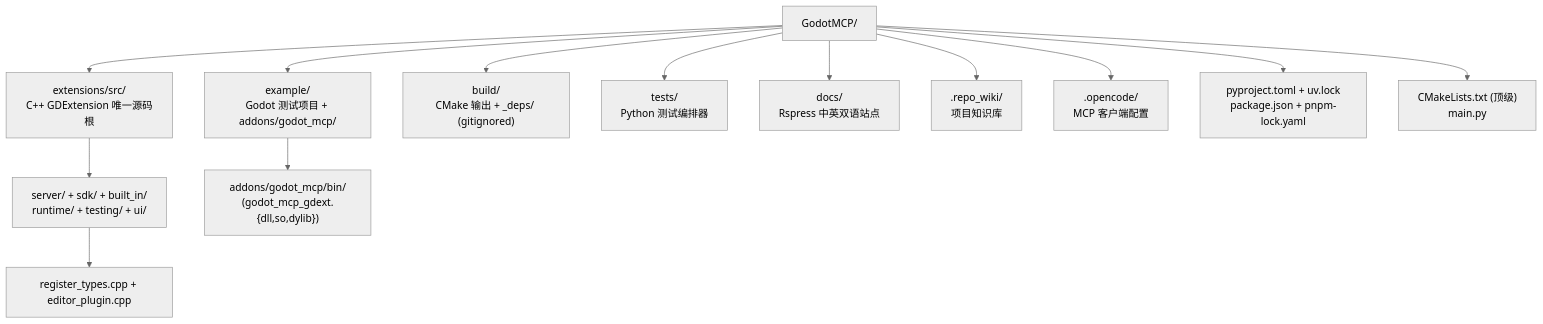
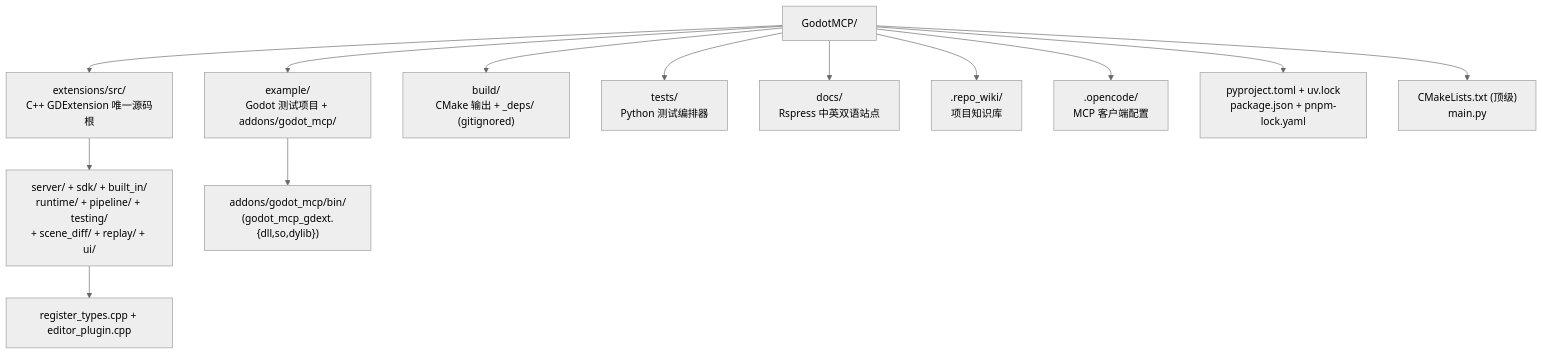
Before and after one commit to jesspig/GodotMCP-GDExtension: the first of 2 diagrams in .repo_wiki/specification/project-structure.md, drawn with Mermaid (neutral theme). The commit also changed other lines of this file and 27 other files, not shown here.

````diff
--- a/.repo_wiki/specification/project-structure.md
+++ b/.repo_wiki/specification/project-structure.md
@@ -5,16 +5,16 @@
 ```mermaid
 flowchart TB
     Root["GodotMCP/"]
     Root --> Src["extensions/src/<br/>C++ GDExtension 唯一源码根"]
     Root --> Example["example/<br/>Godot 测试项目 + addons/godot_mcp/"]
     Root --> Build["build/<br/>CMake 输出 + _deps/ (gitignored)"]
     Root --> Tests["tests/<br/>Python 测试编排器"]
     Root --> Docs["docs/<br/>Rspress 中英双语站点"]
     Root --> Wiki[".repo_wiki/<br/>项目知识库"]
     Root --> Opencode[".opencode/<br/>MCP 客户端配置"]
     Root --> Pkg["pyproject.toml + uv.lock<br/>package.json + pnpm-lock.yaml"]
     Root --> Cfg["CMakeLists.txt (顶级)<br/>main.py"]
-    Src --> Cpp["server/ + sdk/ + built_in/<br/>runtime/ + testing/ + ui/"]
+    Src --> Cpp["server/ + sdk/ + built_in/<br/>runtime/ + pipeline/ + testing/<br/>+ scene_diff/ + replay/ + ui/"]
     Cpp --> Entry["register_types.cpp + editor_plugin.cpp"]
     Example --> Bin["addons/godot_mcp/bin/<br/>(godot_mcp_gdext.{dll,so,dylib})"]
 ```
````
